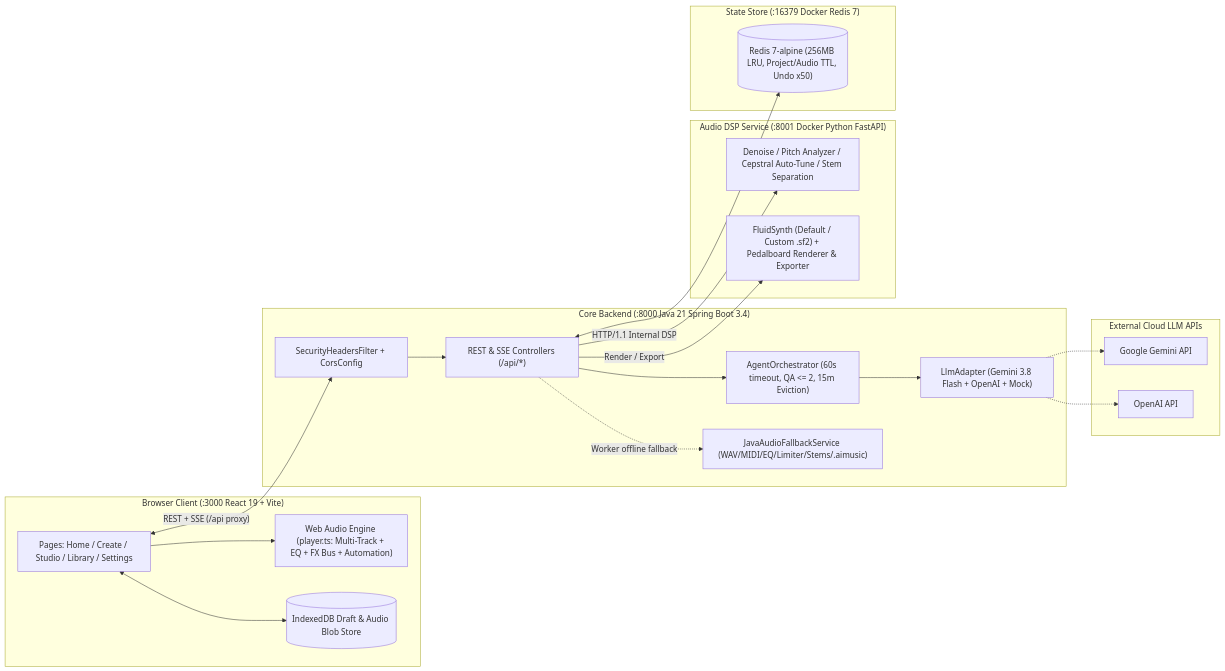
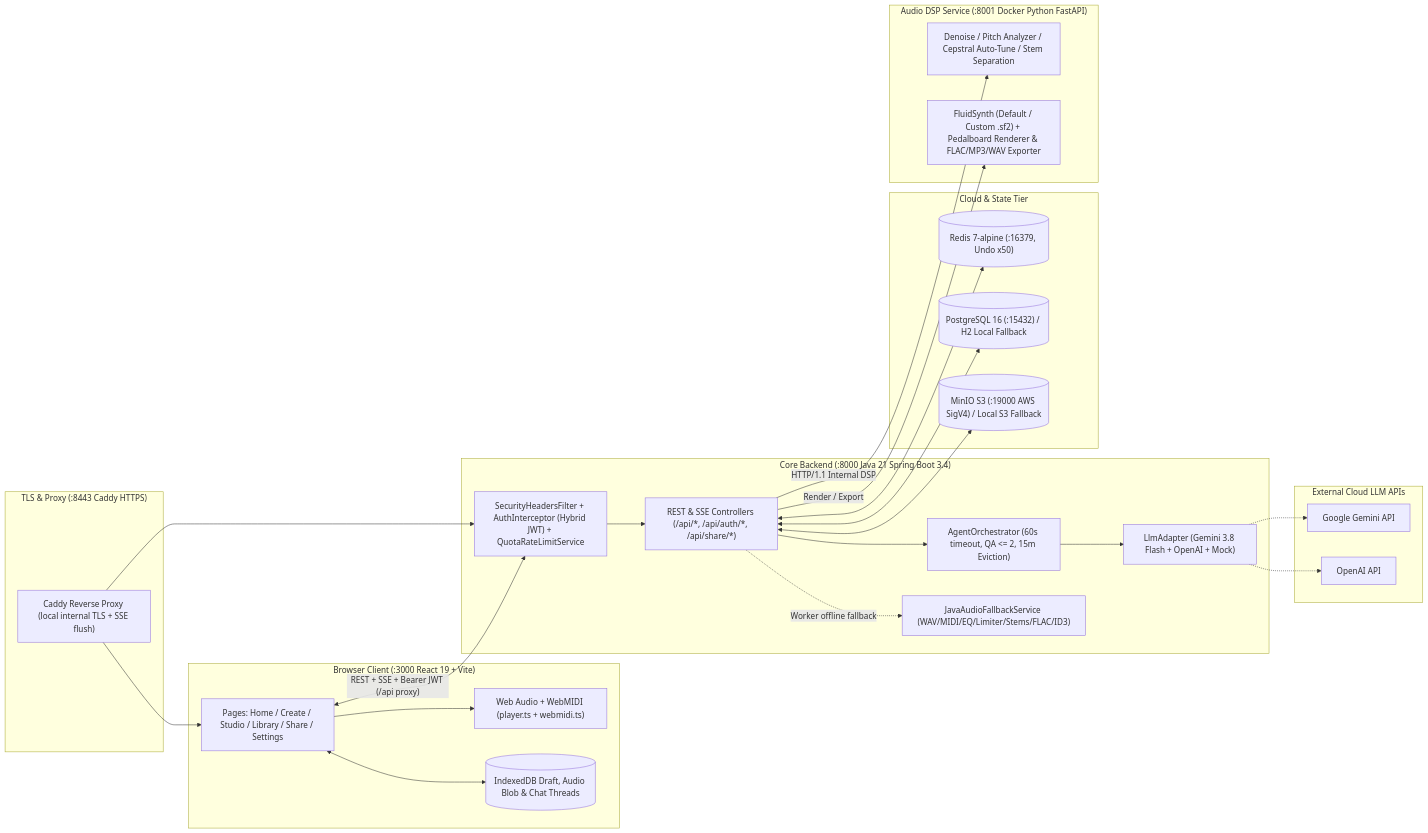
One commit to HuynhNgocQuang-hub/ai-music-studio changed the first of 3 diagrams in docs/DESIGN_SPEC.md. Above: the diagram before and after it, drawn with Mermaid. The commit also changed other lines of this file and 54 other files, not shown here.

Commit message:
feat(phase8): hybrid JWT auth, PostgreSQL/H2, MinIO S3, quota rate-limit, FLAC/ID3 & public demo share

````diff
--- a/docs/DESIGN_SPEC.md
+++ b/docs/DESIGN_SPEC.md
@@ -12,42 +12,52 @@
 ```mermaid
 flowchart LR
+    subgraph Edge["TLS & Proxy (:8443 Caddy HTTPS)"]
+        CAD["Caddy Reverse Proxy (local internal TLS + SSE flush)"]
+    end
+
     subgraph Browser["Browser Client (:3000 React 19 + Vite)"]
-        UI["Pages: Home / Create / Studio / Library / Settings"]
-        WA["Web Audio Engine (player.ts: Multi-Track + EQ + FX Bus + Automation)"]
-        IDB[("IndexedDB Draft & Audio Blob Store")]
+        UI["Pages: Home / Create / Studio / Library / Share / Settings"]
+        WA["Web Audio + WebMIDI (player.ts + webmidi.ts)"]
+        IDB[("IndexedDB Draft, Audio Blob & Chat Threads")]
     end
 
     subgraph Core["Core Backend (:8000 Java 21 Spring Boot 3.4)"]
-        SEC["SecurityHeadersFilter + CorsConfig"]
-        CTRL["REST & SSE Controllers (/api/*)"]
+        SEC["SecurityHeadersFilter + AuthInterceptor (Hybrid JWT) + QuotaRateLimitService"]
+        CTRL["REST & SSE Controllers (/api/*, /api/auth/*, /api/share/*)"]
         ORCH["AgentOrchestrator (60s timeout, QA <= 2, 15m Eviction)"]
         LLM["LlmAdapter (Gemini 3.8 Flash + OpenAI + Mock)"]
-        FB["JavaAudioFallbackService (WAV/MIDI/EQ/Limiter/Stems/.aimusic)"]
+        FB["JavaAudioFallbackService (WAV/MIDI/EQ/Limiter/Stems/FLAC/ID3)"]
+    end
+
+    subgraph Cloud["Cloud & State Tier"]
+        RED[("Redis 7-alpine (:16379, Undo x50)")]
+        PG[("PostgreSQL 16 (:15432) / H2 Local Fallback")]
+        S3[("MinIO S3 (:19000 AWS SigV4) / Local S3 Fallback")]
     end
 
     subgraph Worker["Audio DSP Service (:8001 Docker Python FastAPI)"]
         DSP["Denoise / Pitch Analyzer / Cepstral Auto-Tune / Stem Separation"]
-        REN["FluidSynth (Default / Custom .sf2) + Pedalboard Renderer & Exporter"]
+        REN["FluidSynth (Default / Custom .sf2) + Pedalboard Renderer & FLAC/MP3/WAV Exporter"]
     end
 
-    subgraph Cache["State Store (:16379 Docker Redis 7)"]
-        RED[("Redis 7-alpine (256MB LRU, Project/Audio TTL, Undo x50)")]
-    end
-
-    subgraph Cloud["External Cloud LLM APIs"]
+    subgraph External["External Cloud LLM APIs"]
         GEM["Google Gemini API"]
         OAI["OpenAI API"]
     end
 
-    UI <-->|"REST + SSE (/api proxy)"| SEC --> CTRL
+    CAD --> UI
+    CAD --> SEC
+    UI <-->|"REST + SSE + Bearer JWT (/api proxy)"| SEC --> CTRL
     UI <--> IDB
     UI --> WA
     CTRL --> ORCH
     ORCH --> LLM
     LLM -.-> GEM
     LLM -.-> OAI
     CTRL <--> RED
+    CTRL <--> PG
+    CTRL <--> S3
     CTRL -->|"HTTP/1.1 Internal DSP"| DSP
     CTRL -->|"Render / Export"| REN
     CTRL -.->|"Worker offline fallback"| FB
 ```
````
